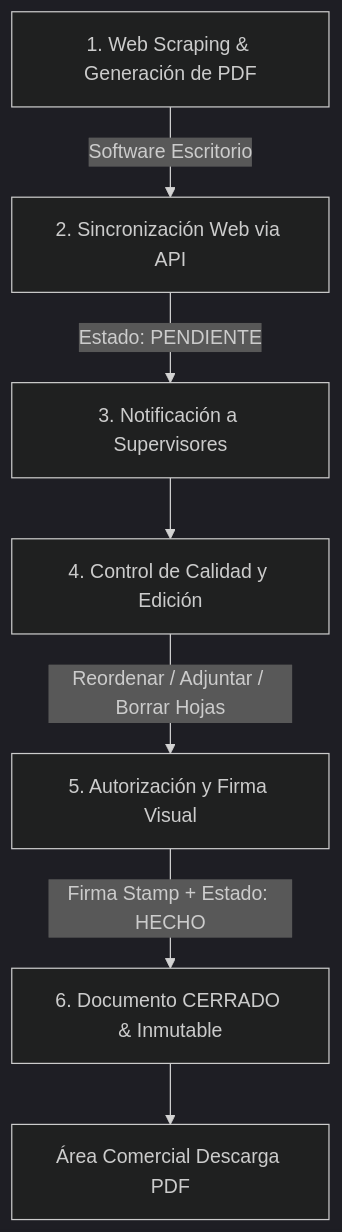
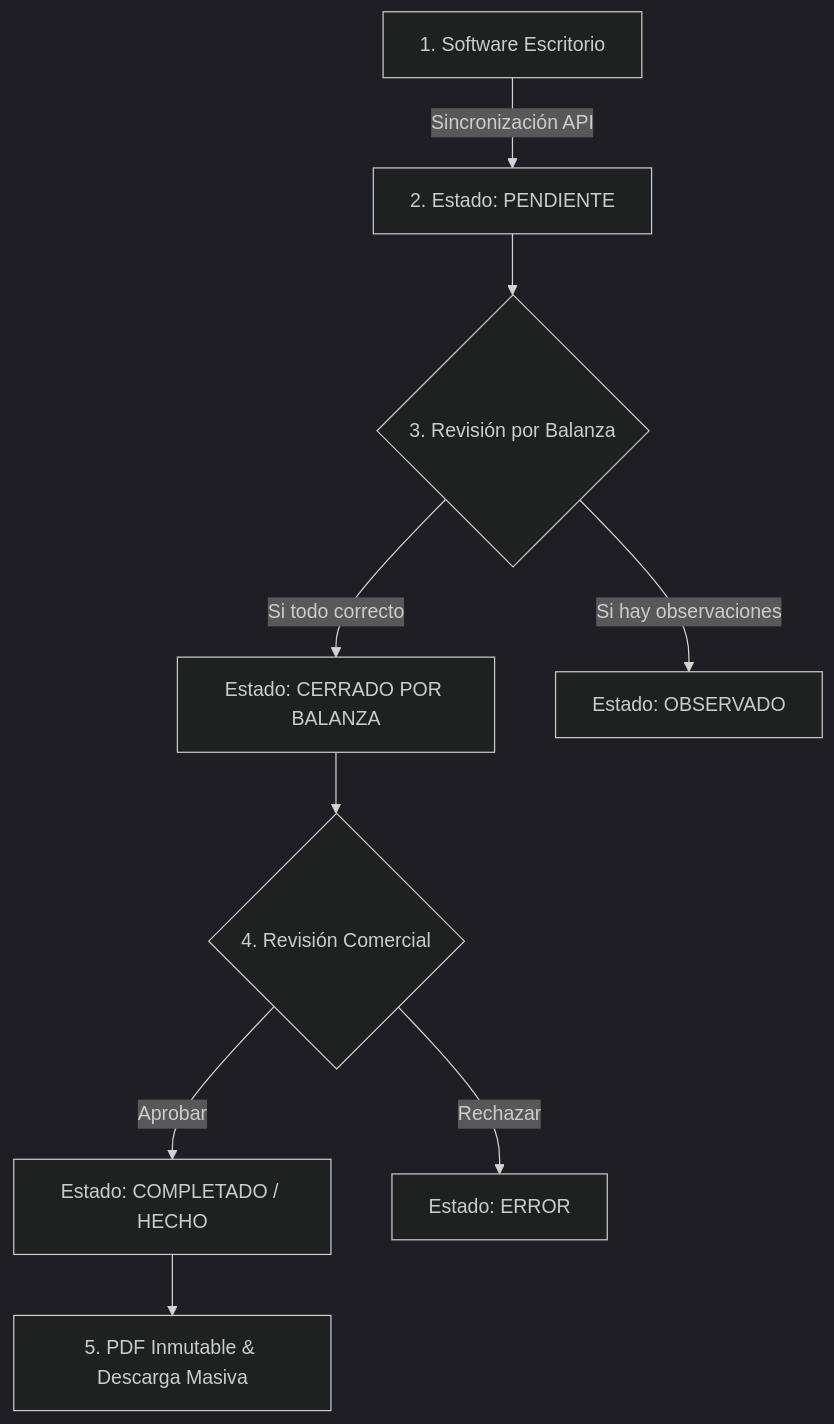
Before and after one commit to PaltarumiBalanza/SYSTEM_BALANZA_PDF_WEB: the diagram in docs/FLUJO_DE_TRABAJO.md, drawn with Mermaid (dark theme). The commit also changed other lines of this file and 2 other files, not shown here.

Commit message:
documentación actualizada

````diff
--- a/docs/FLUJO_DE_TRABAJO.md
+++ b/docs/FLUJO_DE_TRABAJO.md
@@ -23,9 +23,11 @@
 ```mermaid
 graph TD
-    A[1. Web Scraping & Generación de PDF] -->|Software Escritorio| B[2. Sincronización Web via API]
-    B -->|Estado: PENDIENTE| C[3. Notificación a Supervisores]
-    C --> D[4. Control de Calidad y Edición]
-    D -->|Reordenar / Adjuntar / Borrar Hojas| E[5. Autorización y Firma Visual]
-    E -->|Firma Stamp + Estado: HECHO| F[6. Documento CERRADO & Inmutable]
-    F --> G[Área Comercial Descarga PDF]
+    A[1. Software Escritorio] -->|Sincronización API| B[2. Estado: PENDIENTE]
+    B --> C{3. Revisión por Balanza}
+    C -->|Si todo correcto| D[Estado: CERRADO POR BALANZA]
+    C -->|Si hay observaciones| E[Estado: OBSERVADO]
+    D --> F{4. Revisión Comercial}
+    F -->|Aprobar| G[Estado: COMPLETADO / HECHO]
+    F -->|Rechazar| H[Estado: ERROR]
+    G --> I[5. PDF Inmutable & Descarga Masiva]
 ```
````
